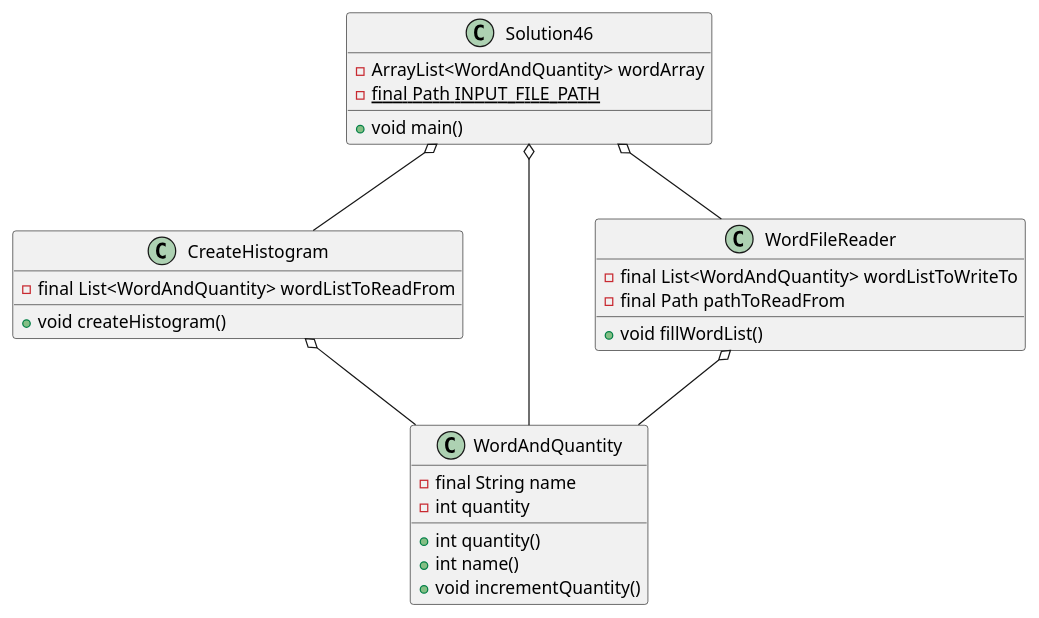
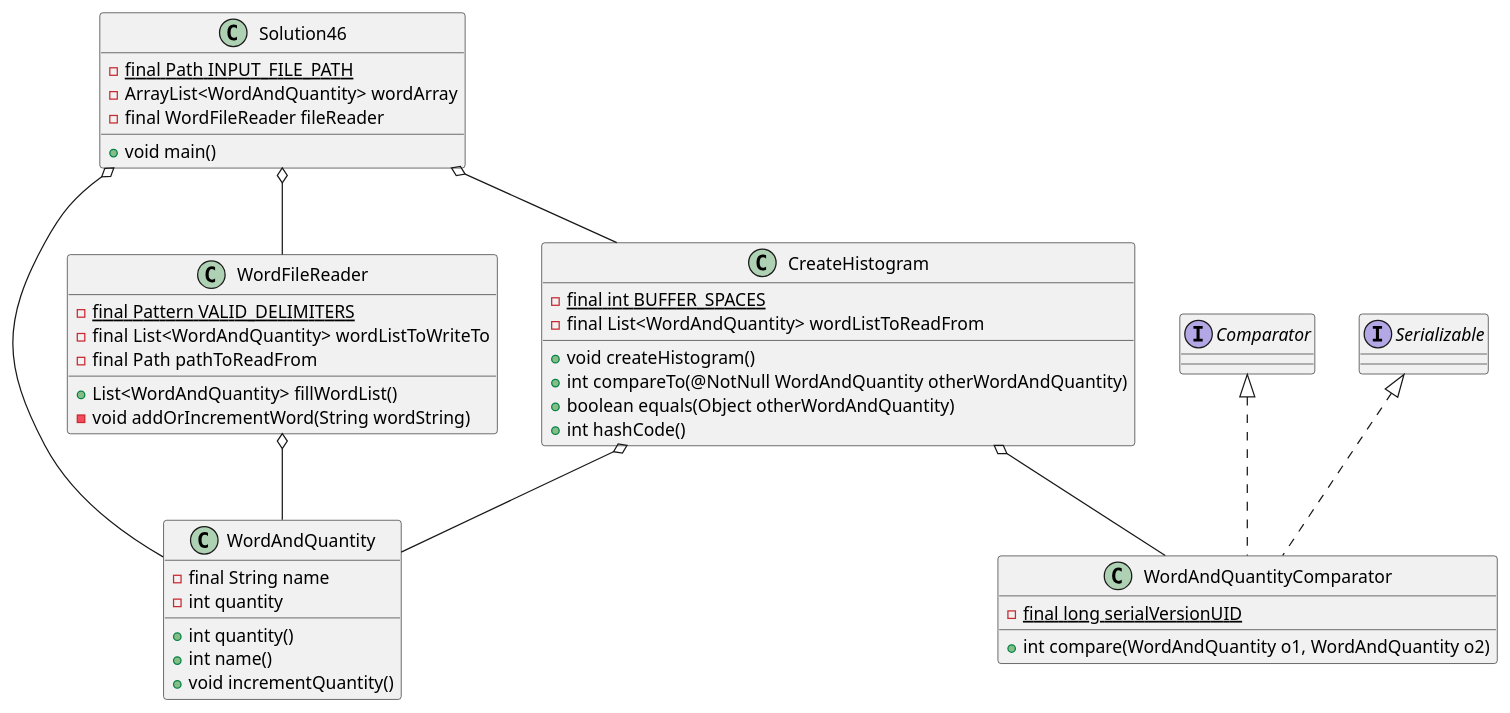
The diagram in exercise46/docs/exercise46diagram.puml (RadoMiami-UCF/guthre-a04), drawn with PlantUML before and after one commit.

Commit message:
Updated UML diagram for exercise46

```diff
--- a/exercise46/docs/exercise46diagram.puml
+++ b/exercise46/docs/exercise46diagram.puml
@@ -1,32 +1,45 @@
 @startuml
 Solution46 o-- CreateHistogram
 Solution46 o-- WordAndQuantity
 Solution46 o-- WordFileReader
 CreateHistogram o-- WordAndQuantity
+CreateHistogram o-- WordAndQuantityComparator
 WordFileReader o-- WordAndQuantity
 
 class Solution46 {
+-{static}final Path INPUT_FILE_PATH
 -ArrayList<WordAndQuantity> wordArray
--{static}final Path INPUT_FILE_PATH
+-final WordFileReader fileReader
 +void main()
 }
 
 class WordAndQuantity {
 -final String name
 -int quantity
 +int quantity()
 +int name()
 +void incrementQuantity()
 }
 
 class WordFileReader {
+-{static} final Pattern VALID_DELIMITERS
 -final List<WordAndQuantity> wordListToWriteTo
 -final Path pathToReadFrom
-+void fillWordList()
++List<WordAndQuantity> fillWordList()
+-void addOrIncrementWord(String wordString)
 }
 
 class CreateHistogram {
+-{static} final int BUFFER_SPACES
 -final List<WordAndQuantity> wordListToReadFrom
 +void createHistogram()
++int compareTo(@NotNull WordAndQuantity otherWordAndQuantity)
++boolean equals(Object otherWordAndQuantity)
++int hashCode()
+}
+
+class WordAndQuantityComparator implements Comparator, Serializable{
+-{static} final long serialVersionUID
++int compare(WordAndQuantity o1, WordAndQuantity o2)
 }
 @enduml
```
